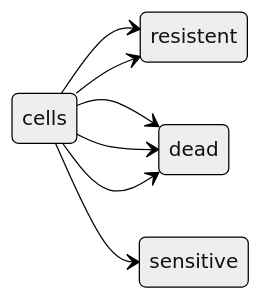
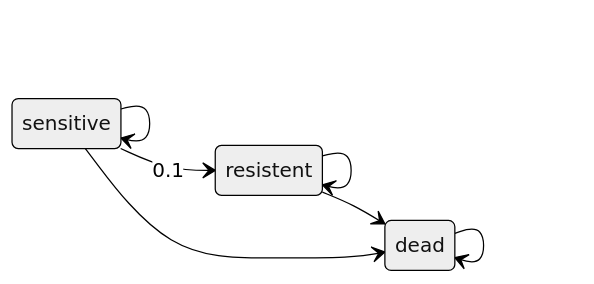
The diagram in _posts/2025-02-08-abm.md (MaaikevS/maaikevs.github.io), drawn with Mermaid (neutral theme) before and after one commit. The commit also changed other lines of this file, not shown here.

````diff
--- a/_posts/2025-02-08-abm.md
+++ b/_posts/2025-02-08-abm.md
@@ -55,10 +55,10 @@
 ```mermaid
 stateDiagram-v2
 direction LR
-   sensitive cells --> resistent cells
-   resistent cells --> dead cells
-   sensitive cells --> dead cells
-   sensitive cells --> sensitive cells
-   resistent cells --> resistent cells
-   dead cells --> dead cells
+   sensitive --> resistent: 0.1
+   resistent --> dead
+   sensitive --> dead
+   sensitive --> sensitive
+   resistent --> resistent
+   dead --> dead
 ```
````
